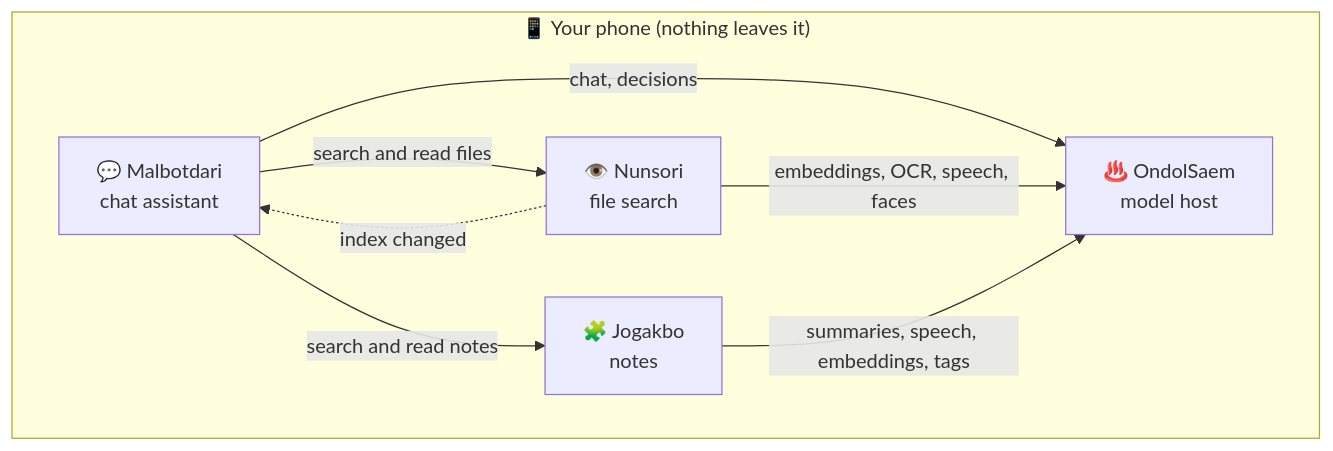
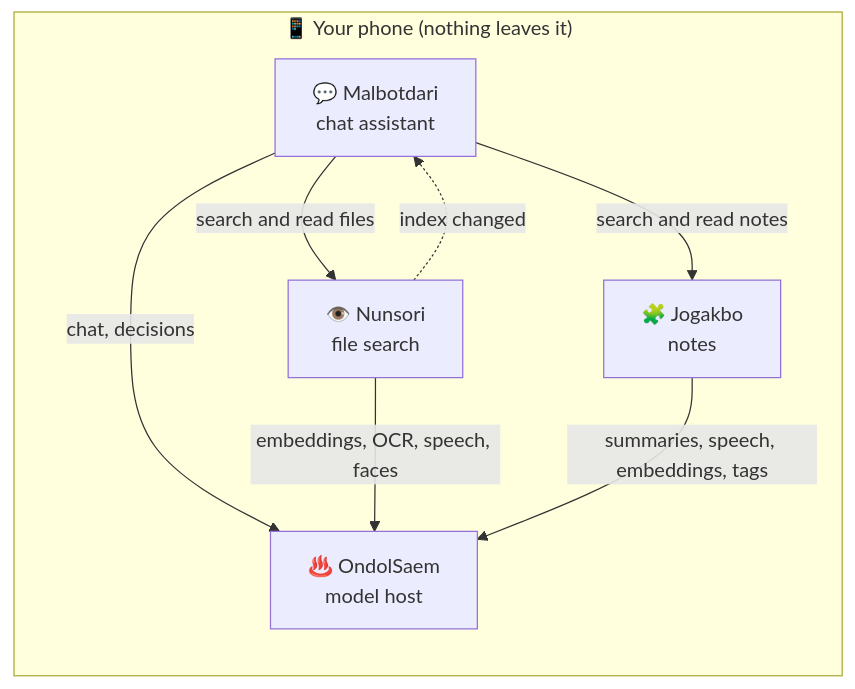
One commit to sonanjip/.github changed the diagram in profile/README.md. Above: the diagram before and after it, drawn with Mermaid. The commit also changed 1 other file, not shown here.

Commit message:
Profile diagram: right to left, so OndolSaem is on the left
Claude-Session: https://claude.ai/code/session_01RDtmna6x1wk9E3kxsNrCa6

````diff
--- a/profile/README.md
+++ b/profile/README.md
@@ -25,15 +25,15 @@
 ```mermaid
-flowchart TB
+flowchart RL
     subgraph phone["📱 Your phone (nothing leaves it)"]
         M["💬 Malbotdari<br/>chat assistant"]
         N["👁️ Nunsori<br/>file search"]
         J["🧩 Jogakbo<br/>notes"]
         O["♨️ OndolSaem<br/>model host"]
     end
     M -- "search and read files" --> N
     M -- "search and read notes" --> J
     N -. "index changed" .-> M
     M -- "chat, decisions" --> O
     N -- "embeddings, OCR, speech, faces" --> O
     J -- "summaries, speech, embeddings, tags" --> O
 ```
````
